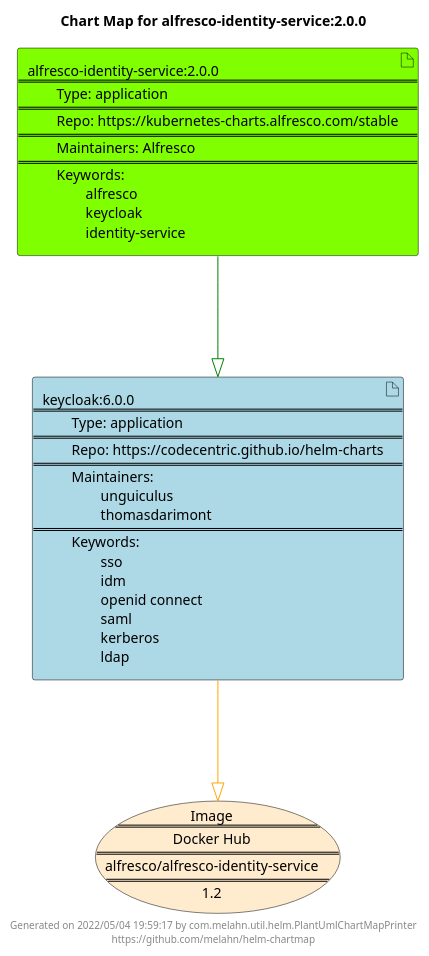
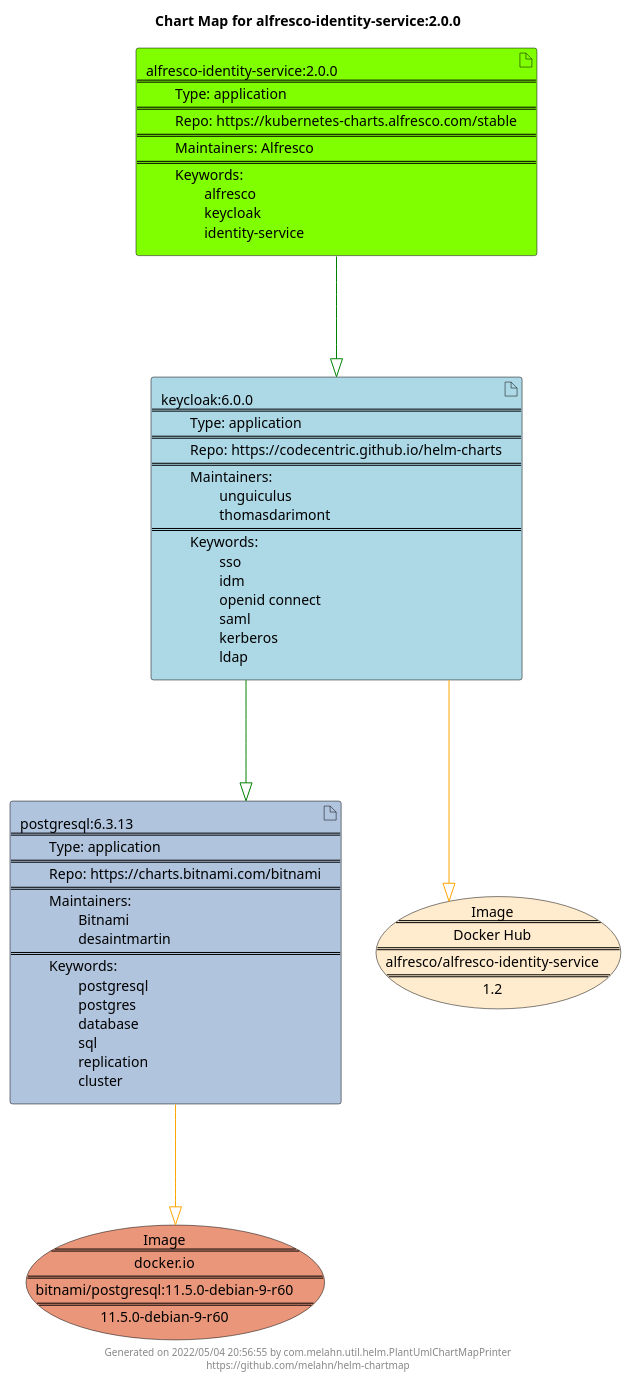
One commit to melahn/helm-chartmap changed the diagram in docs/alfresco-identity-service/alfresco-identity-service-2.0.0.puml. Above: the diagram before and after it, drawn with PlantUML. The commit also changed 68 other files, not shown here.

Commit message:
Update Example Chart Maps as part of GitHub build

```diff
--- a/docs/alfresco-identity-service/alfresco-identity-service-2.0.0.puml
+++ b/docs/alfresco-identity-service/alfresco-identity-service-2.0.0.puml
@@ -1,23 +1,27 @@
 @startuml
 skinparam linetype ortho
 skinparam backgroundColor white
 skinparam usecaseBorderColor black
 skinparam usecaseArrowColor LightSlateGray
 skinparam artifactBorderColor black
 skinparam artifactArrowColor LightSlateGray
 
 title Chart Map for alfresco-identity-service:2.0.0
 
-'There are 2 referenced Helm Charts
+'There are 3 referenced Helm Charts
+artifact "postgresql:6.3.13\n====\n\tType: application\n====\n\tRepo: https://charts.bitnami.com/bitnami\n====\n\tMaintainers: \n\t\tBitnami\n\t\tdesaintmartin\n====\n\tKeywords: \n\t\tpostgresql\n\t\tpostgres\n\t\tdatabase\n\t\tsql\n\t\treplication\n\t\tcluster" as postgresql_6_3_13 #LightSteelBlue
 artifact "keycloak:6.0.0\n====\n\tType: application\n====\n\tRepo: https://codecentric.github.io/helm-charts\n====\n\tMaintainers: \n\t\tunguiculus\n\t\tthomasdarimont\n====\n\tKeywords: \n\t\tsso\n\t\tidm\n\t\topenid connect\n\t\tsaml\n\t\tkerberos\n\t\tldap" as keycloak_6_0_0 #LightBlue
 artifact "alfresco-identity-service:2.0.0\n====\n\tType: application\n====\n\tRepo: https://kubernetes-charts.alfresco.com/stable\n====\n\tMaintainers: Alfresco\n====\n\tKeywords: \n\t\talfresco\n\t\tkeycloak\n\t\tidentity-service" as alfresco_identity_service_2_0_0 #Chartreuse
 
-'There is one referenced Docker Image
+'There are 2 referenced Docker Images
+usecase "Image\n====\ndocker.io\n====\nbitnami/postgresql:11.5.0-debian-9-r60\n====\n11.5.0-debian-9-r60" as docker_io_bitnami_postgresql_11_5_0_debian_9_r60 #DarkSalmon
 usecase "Image\n====\nDocker Hub\n====\nalfresco/alfresco-identity-service\n====\n1.2" as alfresco_alfresco_identity_service_1_2 #BlanchedAlmond
 
 'Chart Dependencies
 alfresco_identity_service_2_0_0--[#green]-|>keycloak_6_0_0
+keycloak_6_0_0--[#green]-|>postgresql_6_3_13
+postgresql_6_3_13--[#orange]-|>docker_io_bitnami_postgresql_11_5_0_debian_9_r60
 keycloak_6_0_0--[#orange]-|>alfresco_alfresco_identity_service_1_2
 
-center footer Generated on 2022/05/04 19:59:17 by com.melahn.util.helm.PlantUmlChartMapPrinter\nhttps://github.com/melahn/helm-chartmap
+center footer Generated on 2022/05/04 20:56:55 by com.melahn.util.helm.PlantUmlChartMapPrinter\nhttps://github.com/melahn/helm-chartmap
 @enduml
```
